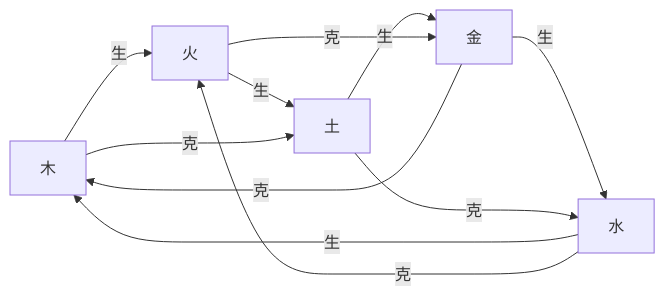
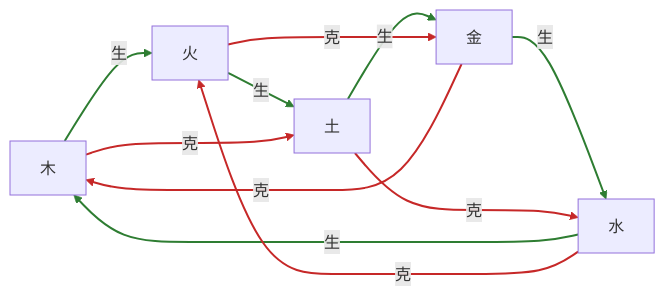
Before and after one commit to koeltp/blog: the diagram in src/docs/sizhu/02阴阳五行与干支.md, drawn with Mermaid. The commit also changed 1 other file, not shown here.

Commit message:
docs: 更新太极官网文档与搜索索引，增强五行图样式

````diff
--- a/src/docs/sizhu/02阴阳五行与干支.md
+++ b/src/docs/sizhu/02阴阳五行与干支.md
@@ -40,13 +40,15 @@
 ```mermaid
 flowchart LR
     M["木"] -->|生| H["火"]
     H -->|生| T["土"]
     T -->|生| J["金"]
     J -->|生| S["水"]
     S -->|生| M
     M -->|克| T
     T -->|克| S
     S -->|克| H
     H -->|克| J
     J -->|克| M
+    linkStyle 0,1,2,3,4 stroke:#2e7d32,stroke-width:2px
+    linkStyle 5,6,7,8,9 stroke:#c62828,stroke-width:2px
 ```
````
